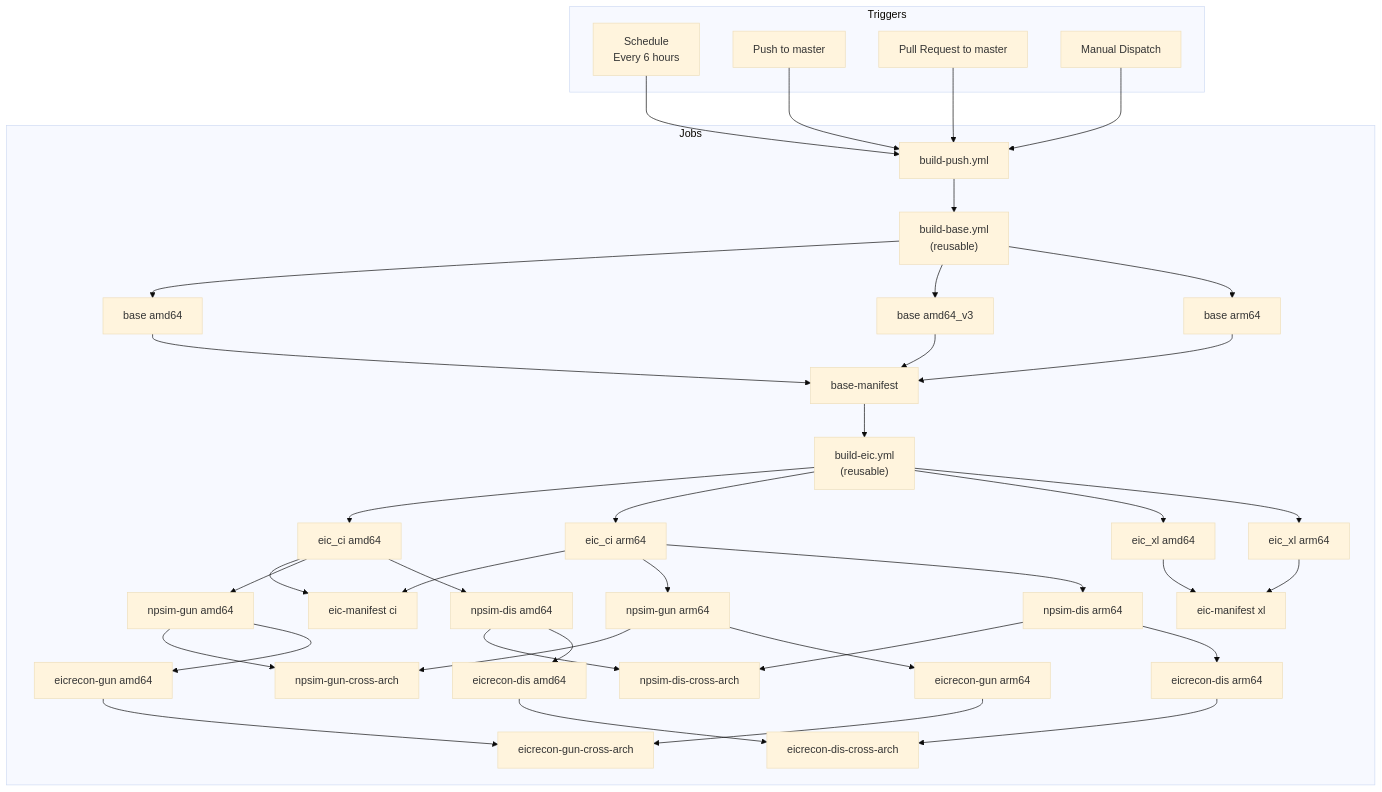
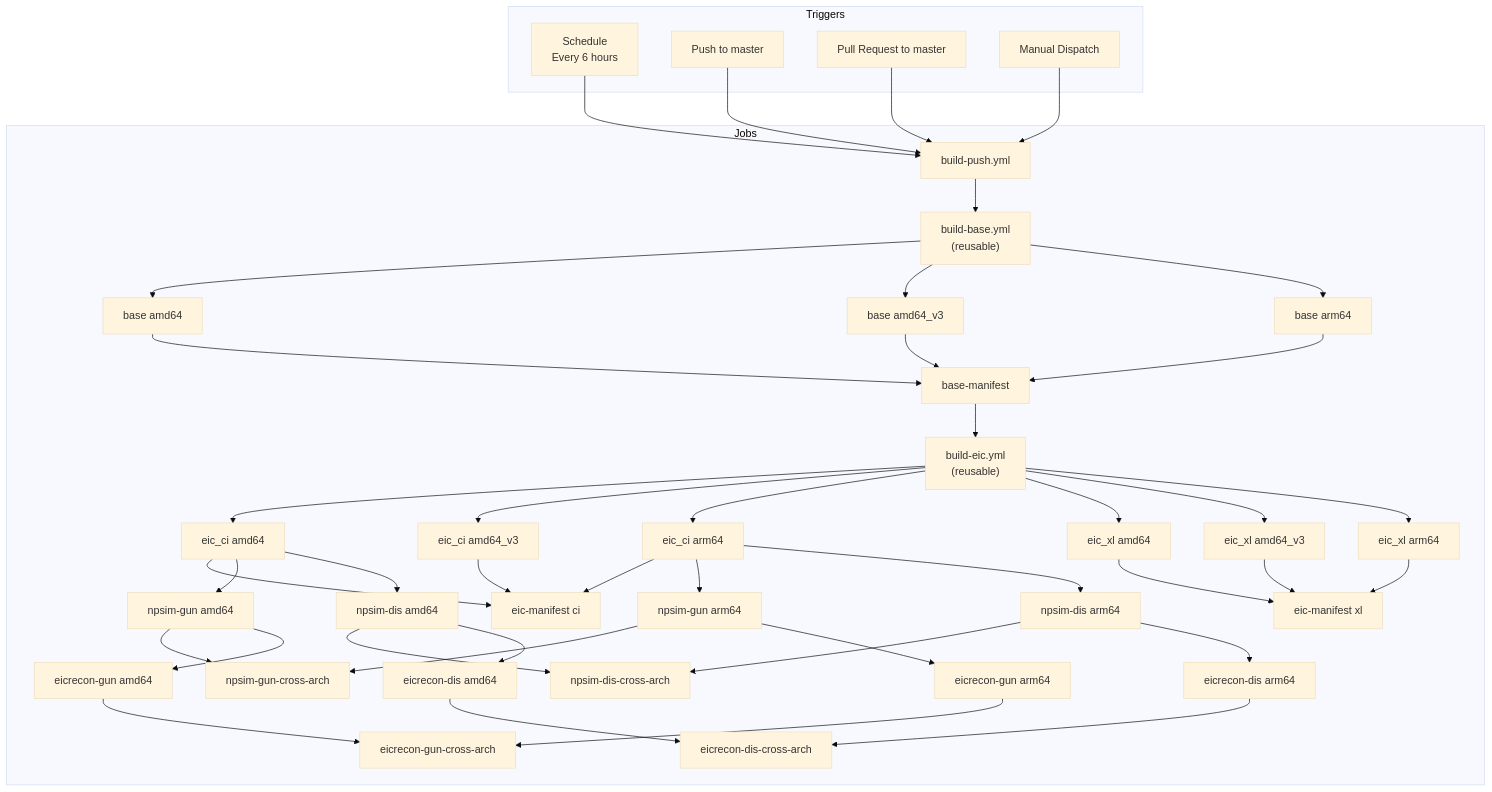
The first of 4 diagrams in docs/build-pipeline.md (eic/containers), drawn with Mermaid (base theme) before and after one commit.

Commit message:
docs: add amd64_v3 EIC jobs to build-pipeline flowchart

````diff
--- a/docs/build-pipeline.md
+++ b/docs/build-pipeline.md
@@ -16,43 +16,45 @@
 ```mermaid
 flowchart TB
     subgraph "Triggers"
         T1[Schedule<br/>Every 6 hours]
         T2[Push to master]
         T3[Pull Request to master]
         T4[Manual Dispatch]
     end
 
     T1 & T2 & T3 & T4 --> W[build-push.yml]
 
     subgraph "Jobs"
         W --> RB["build-base.yml<br/>(reusable)"]
         RB --> B1[base amd64]
         RB --> B0[base amd64_v3]
         RB --> B2[base arm64]
         B1 & B0 & B2 --> BM[base-manifest]
         BM --> RE["build-eic.yml<br/>(reusable)"]
         RE --> E1[eic_ci amd64]
+        RE --> E0[eic_ci amd64_v3]
         RE --> E2[eic_ci arm64]
         RE --> E3[eic_xl amd64]
+        RE --> E5[eic_xl amd64_v3]
         RE --> E4[eic_xl arm64]
-        E1 & E2 --> EM1[eic-manifest ci]
-        E3 & E4 --> EM2[eic-manifest xl]
+        E1 & E0 & E2 --> EM1[eic-manifest ci]
+        E3 & E5 & E4 --> EM2[eic-manifest xl]
 
         %% Parallel smoke test execution
         E1 --> N1[npsim-gun amd64]
         E2 --> N2[npsim-gun arm64]
         E1 --> D1[npsim-dis amd64]
         E2 --> D2[npsim-dis arm64]
 
         N1 & N2 --> NC[npsim-gun-cross-arch]
         D1 & D2 --> DC[npsim-dis-cross-arch]
 
         N1 --> R1[eicrecon-gun amd64]
         N2 --> R2[eicrecon-gun arm64]
         D1 --> RD1[eicrecon-dis amd64]
         D2 --> RD2[eicrecon-dis arm64]
 
         R1 & R2 --> RC[eicrecon-gun-cross-arch]
         RD1 & RD2 --> RDC[eicrecon-dis-cross-arch]
     end
 ```
````
